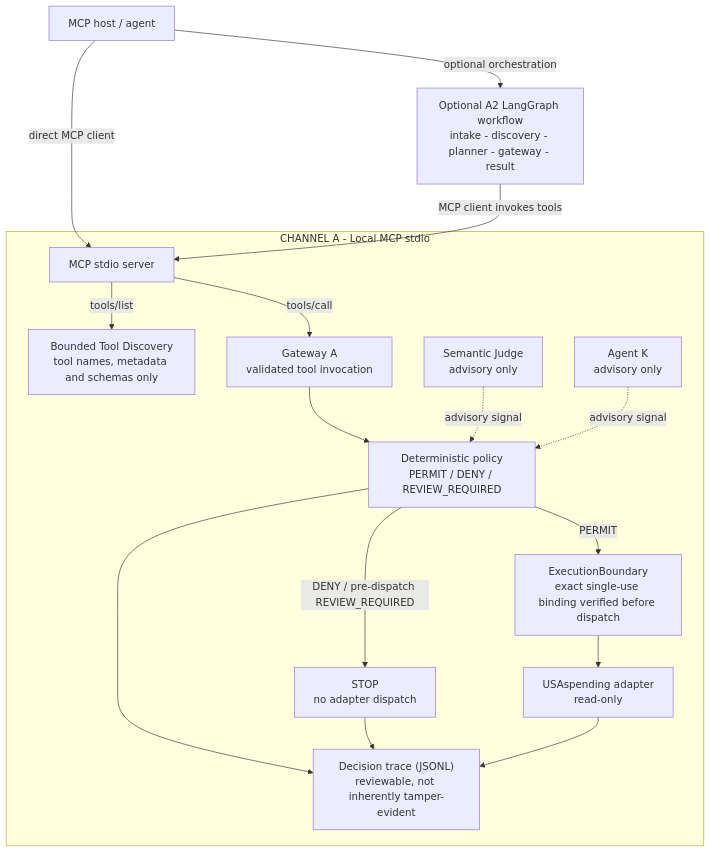
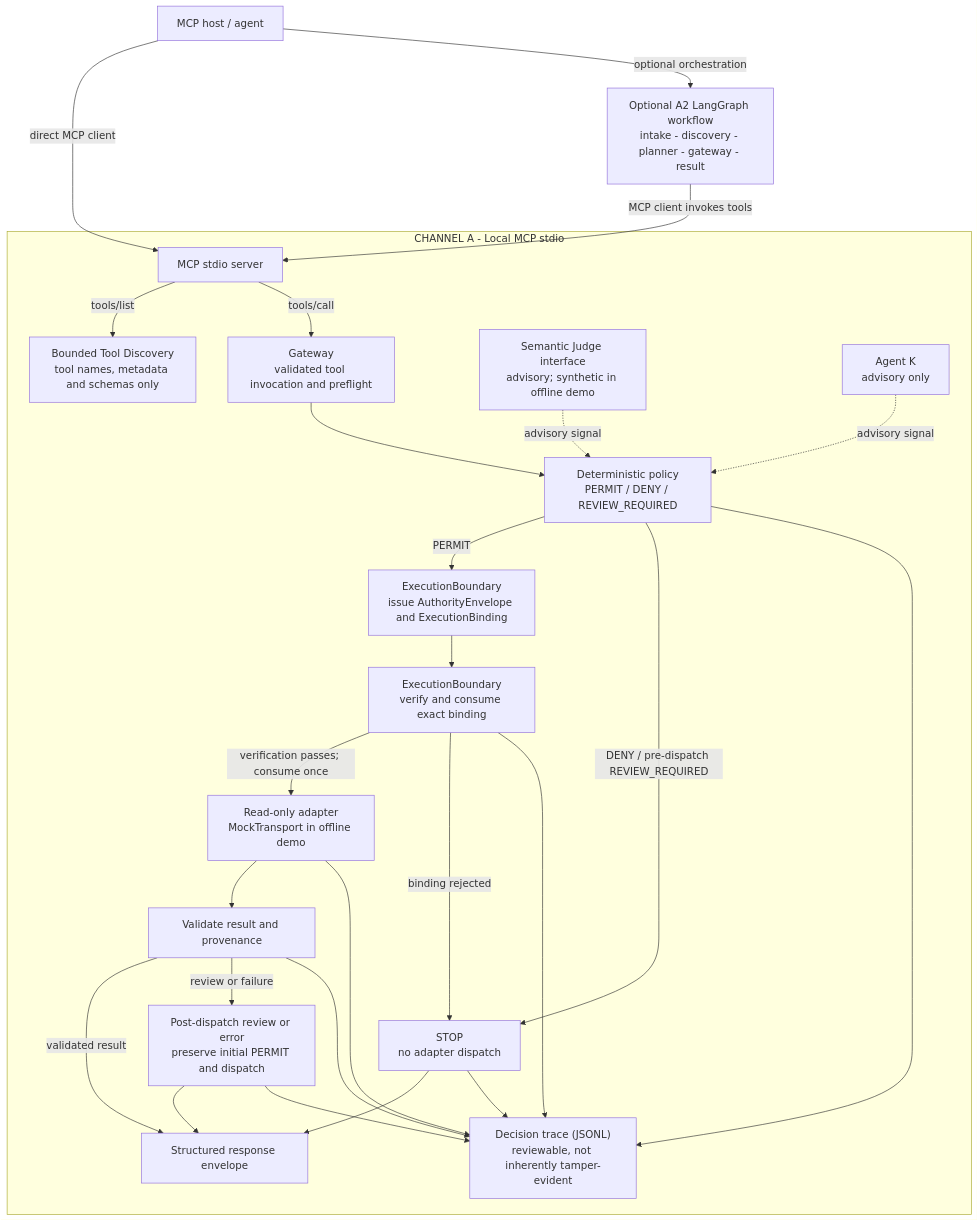
Before and after one commit to drosadocastro-bit/CIVICGATE: the second of 2 diagrams in README.md, drawn with Mermaid. The commit also changed other lines of this file and 53 other files, not shown here.

````diff
--- a/README.md
+++ b/README.md
@@ -144,33 +194,47 @@
 ```mermaid
 flowchart TB
     HOST["MCP host / agent"]
     A2["Optional A2 LangGraph workflow<br/>intake - discovery - planner - gateway - result"]
 
     subgraph A["CHANNEL A - Local MCP stdio"]
         MCP["MCP stdio server"]
         DISC["Bounded Tool Discovery<br/>tool names, metadata and schemas only"]
-        GW["Gateway A<br/>validated tool invocation"]
-        JUDGE["Semantic Judge<br/>advisory only"]
+        GW["Gateway<br/>validated tool invocation and preflight"]
+        JUDGE["Semantic Judge interface<br/>advisory; synthetic in offline demo"]
         K["Agent K<br/>advisory only"]
         POLICY["Deterministic policy<br/>PERMIT / DENY / REVIEW_REQUIRED"]
-        BIND["ExecutionBoundary<br/>exact single-use binding verified before dispatch"]
+        ISSUE["ExecutionBoundary<br/>issue AuthorityEnvelope and ExecutionBinding"]
+        CONSUME["ExecutionBoundary<br/>verify and consume exact binding"]
         STOP["STOP<br/>no adapter dispatch"]
-        ADAPTER["USAspending adapter<br/>read-only"]
+        ADAPTER["Read-only adapter<br/>MockTransport in offline demo"]
+        VALIDATE["Validate result and provenance"]
+        POST["Post-dispatch review or error<br/>preserve initial PERMIT and dispatch"]
+        RESPONSE["Structured response envelope"]
         TRACE["Decision trace (JSONL)<br/>reviewable, not inherently tamper-evident"]
     end
 
     HOST -->|"direct MCP client"| MCP
     HOST -->|"optional orchestration"| A2
     A2 -->|"MCP client invokes tools"| MCP
     MCP -->|"tools/list"| DISC
     MCP -->|"tools/call"| GW
     GW --> POLICY
     JUDGE -.->|"advisory signal"| POLICY
     K -.->|"advisory signal"| POLICY
-    POLICY -->|"PERMIT"| BIND
+    POLICY -->|"PERMIT"| ISSUE
     POLICY -->|"DENY / pre-dispatch REVIEW_REQUIRED"| STOP
-    BIND --> ADAPTER
+    ISSUE --> CONSUME
+    CONSUME -->|"verification passes; consume once"| ADAPTER
+    CONSUME -->|"binding rejected"| STOP
+    ADAPTER --> VALIDATE
+    VALIDATE -->|"validated result"| RESPONSE
+    VALIDATE -->|"review or failure"| POST
+    POST --> RESPONSE
+    STOP --> RESPONSE
     POLICY --> TRACE
     STOP --> TRACE
     ADAPTER --> TRACE
+    CONSUME --> TRACE
+    VALIDATE --> TRACE
+    POST --> TRACE
 ```
````
